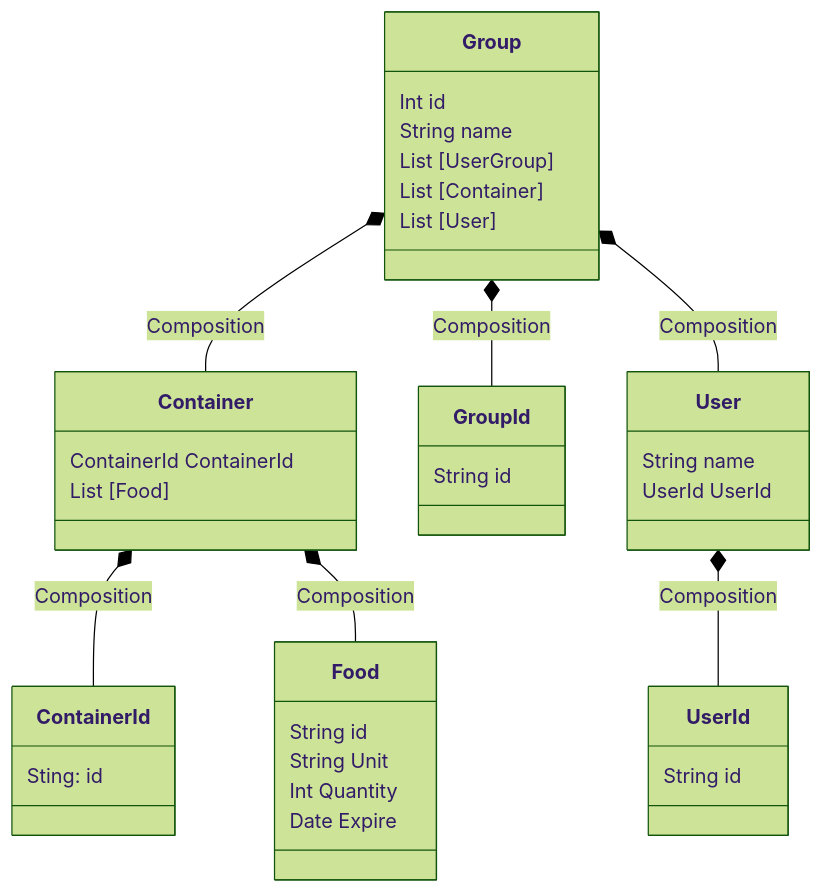
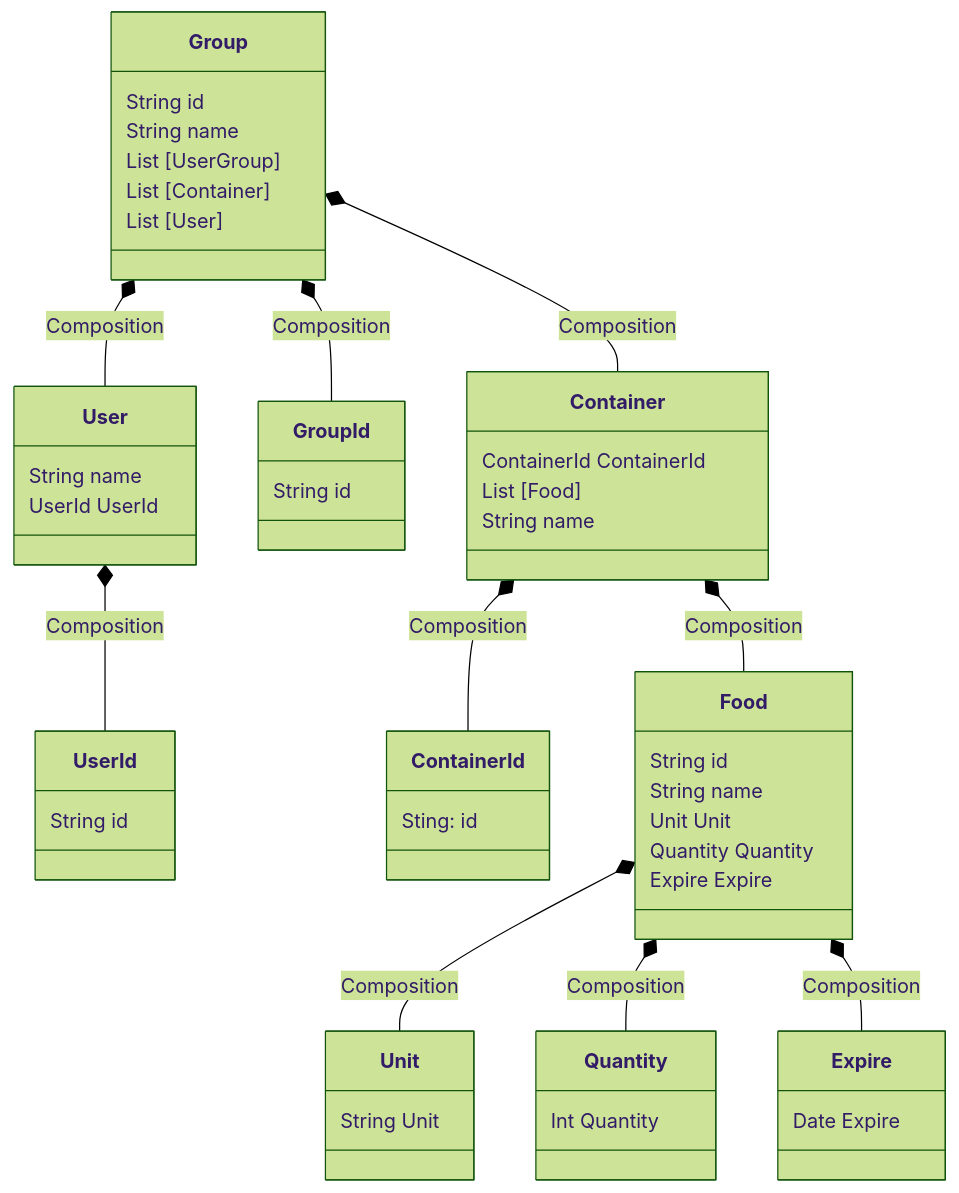
The second of 2 diagrams in project-document/docs/domain-model/Overview.md (nishiki-tech/nishiki-documents), drawn with Mermaid (forest theme) before and after one commit. The commit also changed 2 other files, not shown here.

Commit message:
add er diagram

````diff
--- a/project-document/docs/domain-model/Overview.md
+++ b/project-document/docs/domain-model/Overview.md
@@ -25,52 +25,69 @@
 ```mermaid
 classDiagram
 
     class UserId {
         String id
     }
 
     class User {
         String name
         UserId UserId
     }
 
 
     class GroupId {
         String id
     }
 
     class Group {
-        Int id
+        String id
         String name
         List [UserGroup]
         List [Container]
         List [User]
     }
 
     class Container {
         ContainerId ContainerId
         List [Food]
+        String name
     }
 
     class ContainerId {
         Sting: id
     }
 
     class Food {
         String id
+        String name
+        Unit Unit
+        Quantity Quantity
+        Expire Expire
+    }
+
+    class Unit {
         String Unit
+    }
+
+    class Quantity {
         Int Quantity
+    }
+
+    class Expire {
         Date Expire
-
     }
 
     User *-- UserId : Composition
 
     Group *-- GroupId : Composition
     Group *-- Container : Composition
     Group *-- User : Composition
 
     Container *-- ContainerId : Composition
     Container *-- Food : Composition
 
+    Food *-- Unit : Composition
+    Food *-- Quantity : Composition
+    Food *-- Expire : Composition
+
 ```
````
